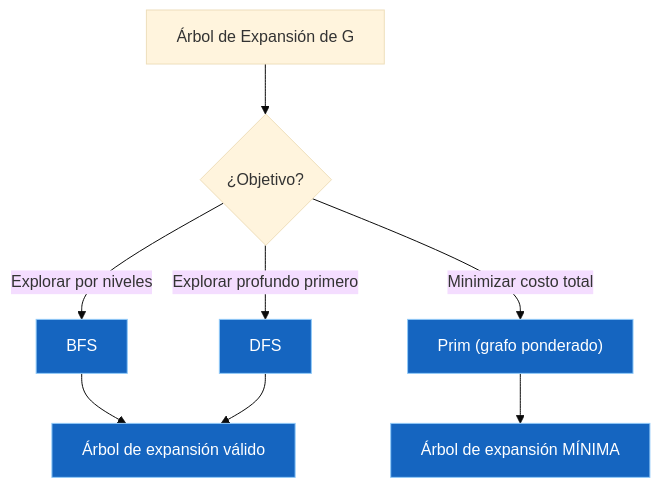
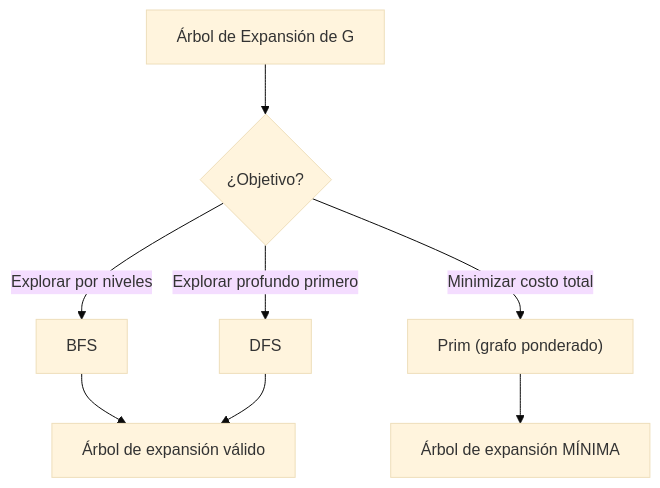
Before and after one commit to Fsteven22/Notas-ESPOL: the first of 2 diagrams in src/site/notes/Universidad/3er Semestre/Matemáticas Discretas/Unidad 5 - Grafos y Árboles/04 - Árboles I - Conceptos Básicos y Árboles de Expansión.md, drawn with Mermaid (base theme). The commit also changed other lines of this file and 179 other files, not shown here.

````diff
--- a/src/site/notes/Universidad/3er Semestre/Matemáticas Discretas/Unidad 5 - Grafos y Árboles/04 - Árboles I - Conceptos Básicos y Árboles de Expansión.md
+++ b/src/site/notes/Universidad/3er Semestre/Matemáticas Discretas/Unidad 5 - Grafos y Árboles/04 - Árboles I - Conceptos Básicos y Árboles de Expansión.md
@@ -278,16 +260,11 @@
 ```mermaid
 graph TD
     A[Árbol de Expansión de G] --> B{"¿Objetivo?"}
     B -->|Explorar por niveles| C[BFS]
     B -->|Explorar profundo primero| D[DFS]
     B -->|Minimizar costo total| E["Prim (grafo ponderado)"]
     C --> F[Árbol de expansión válido]
     D --> F
     E --> G[Árbol de expansión MÍNIMA]
-    style C fill:#1565C0,color:#FFFFFF,stroke:#90CAF9,stroke-width:1px
-    style D fill:#1565C0,color:#FFFFFF,stroke:#90CAF9,stroke-width:1px
-    style E fill:#1565C0,color:#FFFFFF,stroke:#90CAF9,stroke-width:1px
-    style F fill:#1565C0,color:#FFFFFF,stroke:#90CAF9,stroke-width:1px
-    style G fill:#1565C0,color:#FFFFFF,stroke:#90CAF9,stroke-width:1px
 
 ```
````
